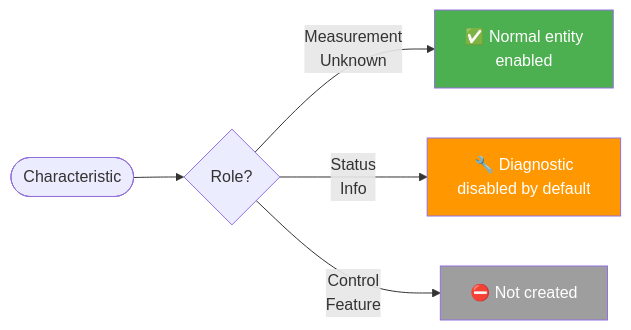
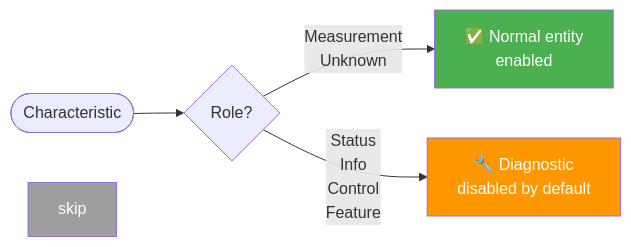
One commit to RonanB96/ha-bluetooth-sig changed the diagram in docs/reference/entities.md. Above: the diagram before and after it, drawn with Mermaid. The commit also changed other lines of this file and 14 other files, not shown here.

````diff
--- a/docs/reference/entities.md
+++ b/docs/reference/entities.md
@@ -53,11 +53,10 @@
 ```mermaid
 flowchart LR
   char(["Characteristic"]) --> role{"Role?"}
   role -->|Measurement<br>Unknown| vis["✅ Normal entity<br>enabled"]
-  role -->|Status<br>Info| diag["🔧 Diagnostic<br>disabled by default"]
-  role -->|Control<br>Feature| skip["⛔ Not created"]
+  role -->|Status<br>Info<br>Control<br>Feature| diag["🔧 Diagnostic<br>disabled by default"]
 
   style vis fill:#4caf50,color:#fff
   style diag fill:#ff9800,color:#fff
   style skip fill:#9e9e9e,color:#fff
 ```
````
